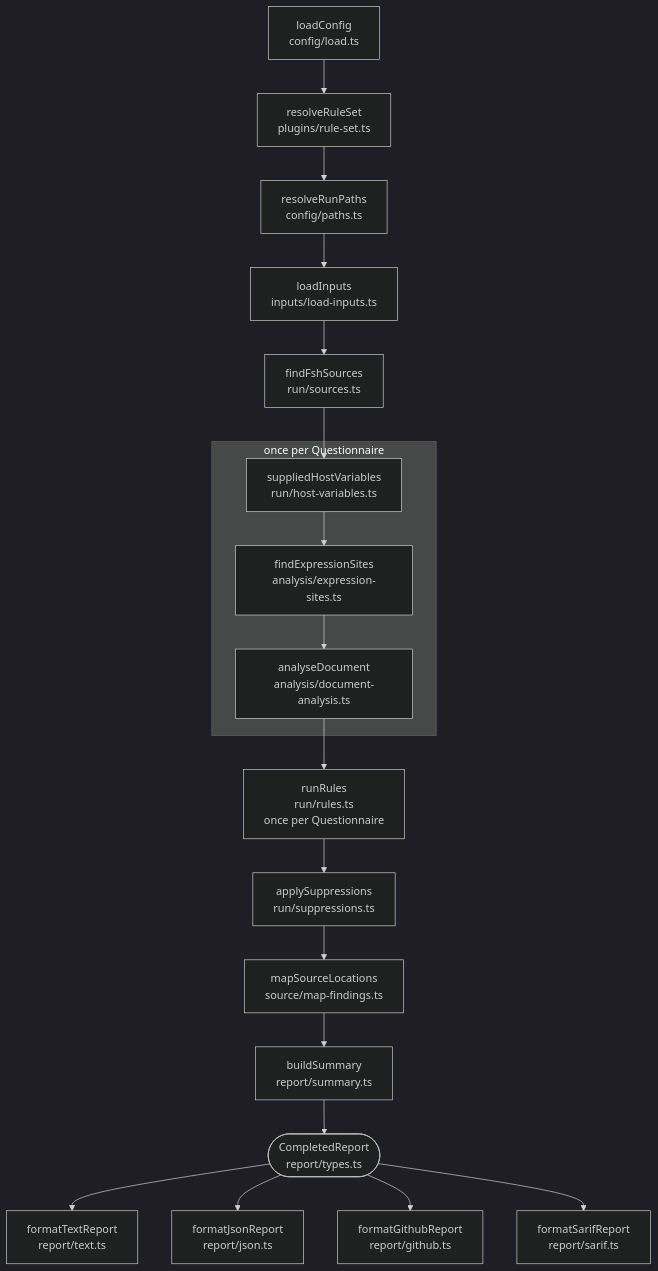
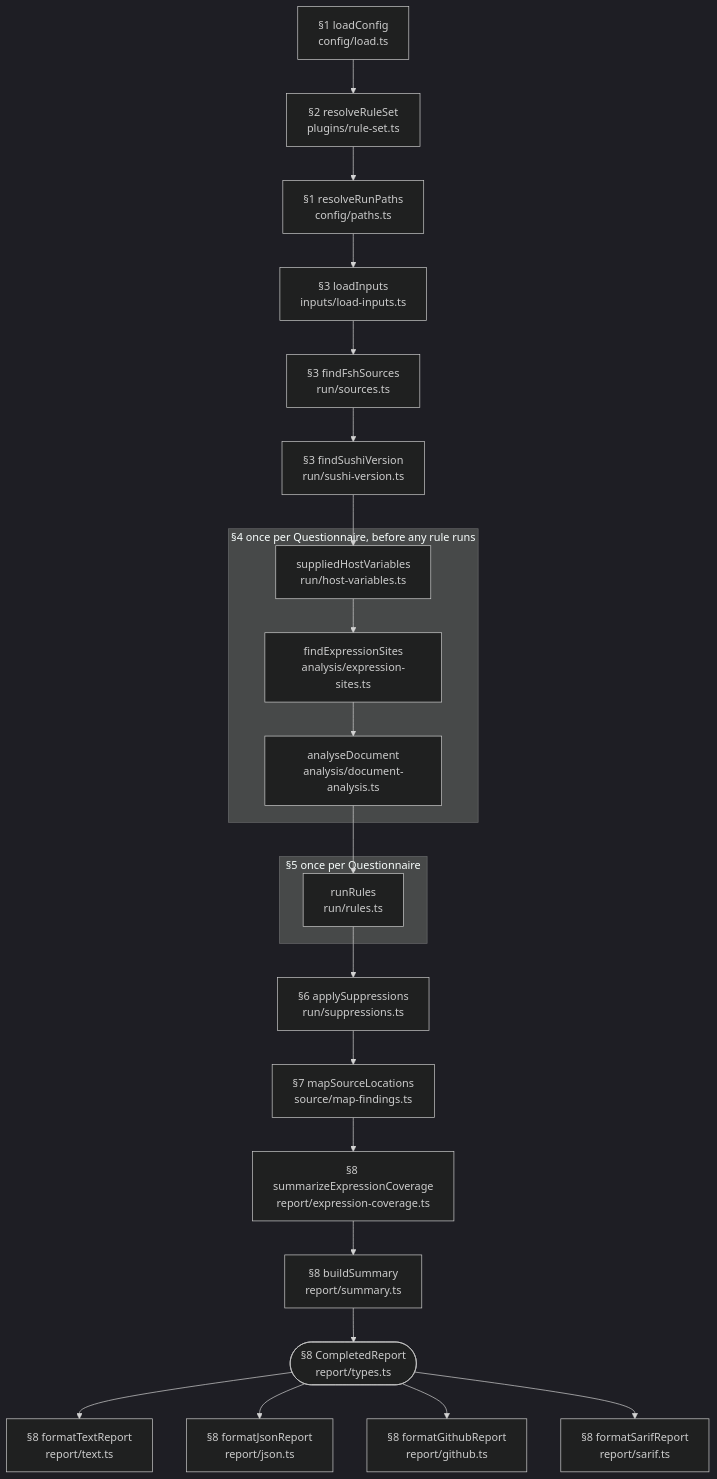
Before and after one commit to aehrc/sdc-questionnaire-lint: the diagram in docs/architecture.md, drawn with Mermaid (dark theme). The commit also changed other lines of this file and 3 other files, not shown here.

First line of the commit message:
docs: bring architecture.md up to date with the code

````diff
--- a/docs/architecture.md
+++ b/docs/architecture.md
@@ -9,24 +11,29 @@
 ```mermaid
 flowchart TD
-  loadConfig["loadConfig<br/>config/load.ts"] --> resolveRuleSet["resolveRuleSet<br/>plugins/rule-set.ts"]
-  resolveRuleSet --> resolveRunPaths["resolveRunPaths<br/>config/paths.ts"]
-  resolveRunPaths --> loadInputs["loadInputs<br/>inputs/load-inputs.ts"]
-  loadInputs --> findFshSources["findFshSources<br/>run/sources.ts"]
-  findFshSources --> suppliedHostVariables
+  loadConfig["§1 loadConfig<br/>config/load.ts"] --> resolveRuleSet["§2 resolveRuleSet<br/>plugins/rule-set.ts"]
+  resolveRuleSet --> resolveRunPaths["§1 resolveRunPaths<br/>config/paths.ts"]
+  resolveRunPaths --> loadInputs["§3 loadInputs<br/>inputs/load-inputs.ts"]
+  loadInputs --> findFshSources["§3 findFshSources<br/>run/sources.ts"]
+  findFshSources --> findSushiVersion["§3 findSushiVersion<br/>run/sushi-version.ts"]
+  findSushiVersion --> suppliedHostVariables
 
-  subgraph perDocument["once per Questionnaire"]
+  subgraph analysis["§4 once per Questionnaire, before any rule runs"]
     suppliedHostVariables["suppliedHostVariables<br/>run/host-variables.ts"] --> findExpressionSites["findExpressionSites<br/>analysis/expression-sites.ts"]
     findExpressionSites --> analyseDocument["analyseDocument<br/>analysis/document-analysis.ts"]
   end
 
-  analyseDocument --> runRules["runRules<br/>run/rules.ts<br/>once per Questionnaire"]
+  subgraph rules["§5 once per Questionnaire"]
+    runRules["runRules<br/>run/rules.ts"]
+  end
 
-  runRules --> applySuppressions["applySuppressions<br/>run/suppressions.ts"]
-  applySuppressions --> mapSourceLocations["mapSourceLocations<br/>source/map-findings.ts"]
-  mapSourceLocations --> buildSummary["buildSummary<br/>report/summary.ts"]
-  buildSummary --> report(["CompletedReport<br/>report/types.ts"])
-  report --> formatText["formatTextReport<br/>report/text.ts"]
-  report --> formatJson["formatJsonReport<br/>report/json.ts"]
-  report --> formatGithub["formatGithubReport<br/>report/github.ts"]
-  report --> formatSarif["formatSarifReport<br/>report/sarif.ts"]
+  analyseDocument --> runRules
+  runRules --> applySuppressions["§6 applySuppressions<br/>run/suppressions.ts"]
+  applySuppressions --> mapSourceLocations["§7 mapSourceLocations<br/>source/map-findings.ts"]
+  mapSourceLocations --> summarizeExpressionCoverage["§8 summarizeExpressionCoverage<br/>report/expression-coverage.ts"]
+  summarizeExpressionCoverage --> buildSummary["§8 buildSummary<br/>report/summary.ts"]
+  buildSummary --> report(["§8 CompletedReport<br/>report/types.ts"])
+  report --> formatText["§8 formatTextReport<br/>report/text.ts"]
+  report --> formatJson["§8 formatJsonReport<br/>report/json.ts"]
+  report --> formatGithub["§8 formatGithubReport<br/>report/github.ts"]
+  report --> formatSarif["§8 formatSarifReport<br/>report/sarif.ts"]
 ```
````
